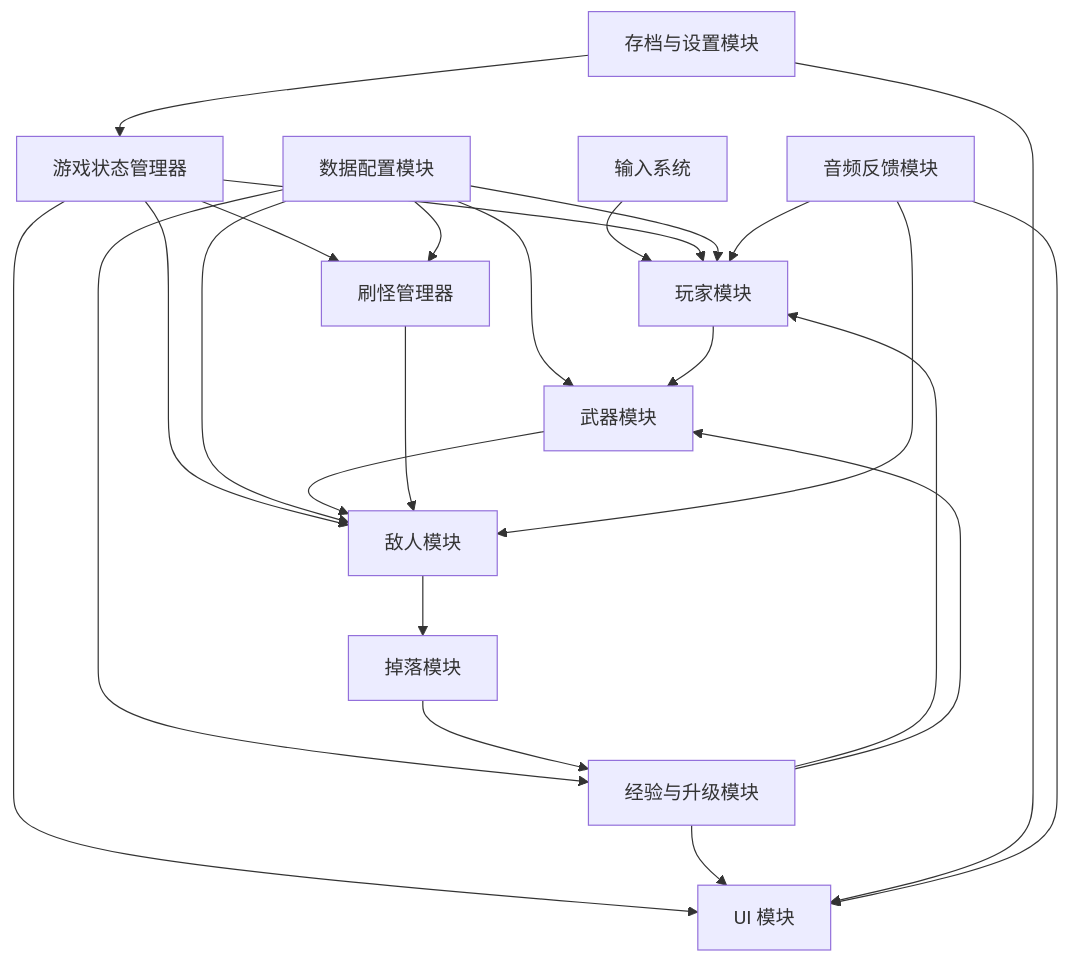
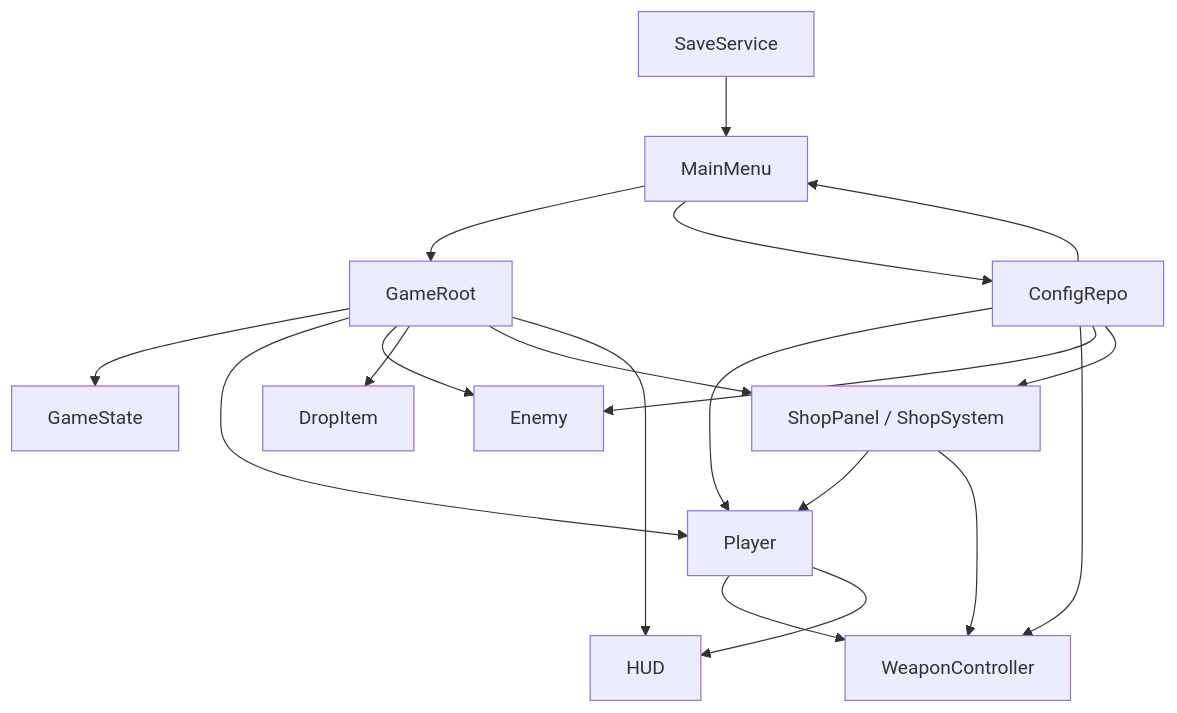
One commit to TianY66/wax_melon_brother changed the first of 3 diagrams in docs/06-high-level-design.md. Above: the diagram before and after it, drawn with Mermaid. The commit also changed other lines of this file and 58 other files, not shown here.

````diff
--- a/docs/06-high-level-design.md
+++ b/docs/06-high-level-design.md
@@ -31,39 +24,33 @@
 ```mermaid
 flowchart TB
-    Input[输入系统]
-    State[游戏状态管理器]
-    Player[玩家模块]
-    Weapon[武器模块]
-    Enemy[敌人模块]
-    Spawner[刷怪管理器]
-    Drop[掉落模块]
-    Progress[经验与升级模块]
-    UI[UI 模块]
-    Config[数据配置模块]
-    Save[存档与设置模块]
-    Audio[音频反馈模块]
+    Menu["MainMenu"]
+    GameRoot["GameRoot"]
+    State["GameState"]
+    Player["Player"]
+    Weapon["WeaponController"]
+    Enemy["Enemy"]
+    Drop["DropItem"]
+    Shop["ShopPanel / ShopSystem"]
+    HUD["HUD"]
+    Config["ConfigRepo"]
+    Save["SaveService"]
 
-    Input --> Player
-    State --> Player
-    State --> Enemy
-    State --> Spawner
-    State --> UI
+    Menu --> GameRoot
+    Menu --> Config
+    GameRoot --> State
+    GameRoot --> Player
+    GameRoot --> Enemy
+    GameRoot --> Drop
+    GameRoot --> Shop
+    GameRoot --> HUD
+    Player --> Weapon
+    Player --> HUD
+    Shop --> Player
+    Shop --> Weapon
+    Config --> Menu
     Config --> Player
     Config --> Weapon
     Config --> Enemy
-    Config --> Spawner
-    Config --> Progress
-    Player --> Weapon
-    Weapon --> Enemy
-    Enemy --> Drop
-    Drop --> Progress
-    Progress --> Player
-    Progress --> Weapon
-    Progress --> UI
-    Spawner --> Enemy
-    Save --> UI
-    Save --> State
-    Audio --> UI
-    Audio --> Player
-    Audio --> Enemy
+    Config --> Shop
+    Save --> Menu
 ```
````
